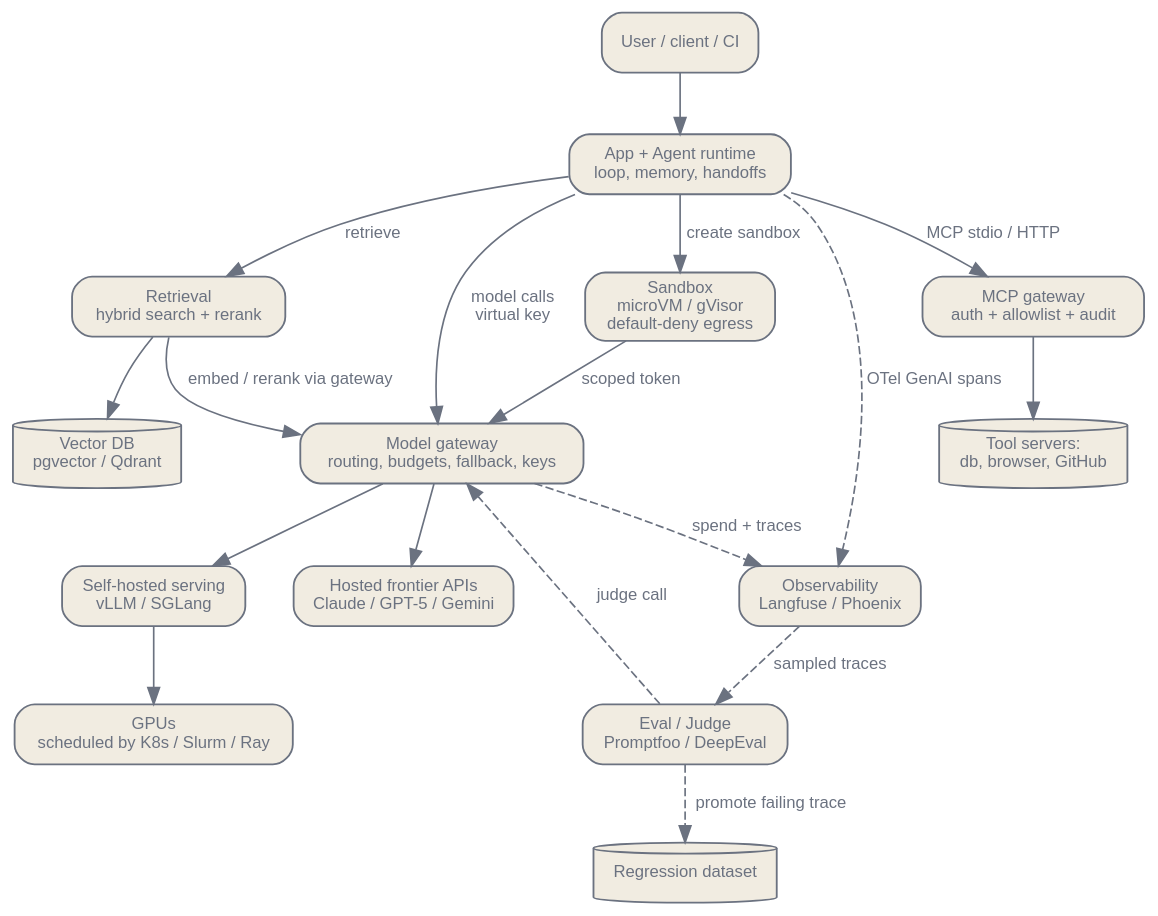
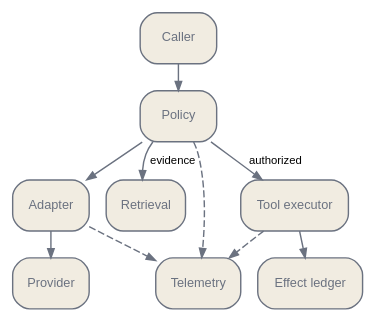
Before and after one commit to latere-ai/ai-as-an-infrastructure: the second of 3 diagrams in en/practice/08-wiring-a-2026-stack.qmd, drawn with Graphviz. The commit also changed other lines of this file and 4 other files, not shown here.

Commit message:
docs: rewrite stack integration practice

````diff
--- a/en/practice/08-wiring-a-2026-stack.qmd
+++ b/en/practice/08-wiring-a-2026-stack.qmd
@@ -167,47 +127,25 @@
 ```{dot}
 //| label: fig-reference-arch
-//| fig-cap: "A 2026 end-to-end reference architecture. Everything that needs a model call routes through the gateway (one address; the gateway translates among the model-API dialects); tool calls route through the MCP gateway; every component emits OpenTelemetry GenAI spans. Apps, agents, evals, and sandboxes hold scoped virtual keys, never raw provider credentials. The compute and orchestration layer is the floor the whole stack runs on."
+//| fig-cap: "A vendor-neutral integration architecture. Model calls pass from Caller through Policy and Adapter to Provider. Tool proposals take a separately authorized path to an executor and effect ledger. Retrieval and telemetry remain distinct services."
 digraph {
-  bgcolor="transparent";
-  rankdir=TB;
-  nodesep=0.4; ranksep=0.5;
-  node [shape=box, style="rounded,filled", fontname="Helvetica", fontsize=10, color="#6b7280", fontcolor="#6b7280", fillcolor="#f1ece1", penwidth=1.1];
-  edge [fontsize=10, fontname="Helvetica", color="#6b7280", fontcolor="#6b7280"];
-
-  user [label="User / client / CI"];
-  app [label="App + Agent runtime\nloop, memory, handoffs"];
-  rag [label="Retrieval\nhybrid search + rerank"];
-  vdb [label="Vector DB\npgvector / Qdrant", shape=cylinder];
-  mcpgw [label="MCP gateway\nauth + allowlist + audit"];
-  tools [label="Tool servers:\ndb, browser, GitHub", shape=cylinder];
-  sbx [label="Sandbox\nmicroVM / gVisor\ndefault-deny egress"];
-  gw [label="Model gateway\nrouting, budgets, fallback, keys"];
-  hosted [label="Hosted frontier APIs\nClaude / GPT-5 / Gemini"];
-  serve [label="Self-hosted serving\nvLLM / SGLang"];
-  hw [label="GPUs\nscheduled by K8s / Slurm / Ray"];
-  obs [label="Observability\nLangfuse / Phoenix"];
-  eval [label="Eval / Judge\nPromptfoo / DeepEval"];
-  ds [label="Regression dataset", shape=cylinder];
-
-  user -> app;
-  app -> rag [label="retrieve"];
-  rag -> vdb;
-  app -> mcpgw [label="MCP stdio / HTTP"];
-  mcpgw -> tools;
-  app -> sbx [label="create sandbox"];
-
-  app -> gw [label="model calls\nvirtual key"];
-  rag -> gw [label="embed / rerank via gateway"];
-  sbx -> gw [label="scoped token"];
-
-  gw -> hosted;
-  gw -> serve;
-  serve -> hw;
-
-  app -> obs [style=dashed, label="OTel GenAI spans"];
-  gw -> obs [style=dashed, label="spend + traces"];
-  obs -> eval [style=dashed, label="sampled traces"];
-  eval -> gw [style=dashed, label="judge call"];
-  eval -> ds [style=dashed, label="promote failing trace"];
+  bgcolor="transparent"; rankdir=TB; nodesep=0.16; ranksep=0.25; size="3.0,10";
+  node [shape=box, style="rounded,filled", fontname="Helvetica", fontsize=9,
+        color="#6b7280", fontcolor="#6b7280", fillcolor="#f1ece1"];
+  edge [fontname="Helvetica", fontsize=8, color="#6b7280", arrowsize=0.65];
+  caller [label="Caller"];
+  policy [label="Policy"];
+  adapter [label="Adapter"];
+  provider [label="Provider"];
+  retrieval [label="Retrieval"];
+  executor [label="Tool executor"];
+  ledger [label="Effect ledger"];
+  telemetry [label="Telemetry"];
+  caller -> policy -> adapter -> provider;
+  policy -> retrieval [label="evidence"];
+  policy -> executor [label="authorized"];
+  executor -> ledger;
+  policy -> telemetry [style=dashed];
+  adapter -> telemetry [style=dashed];
+  executor -> telemetry [style=dashed];
 }
 ```
````
